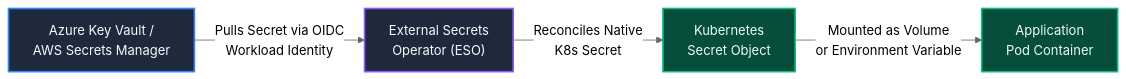
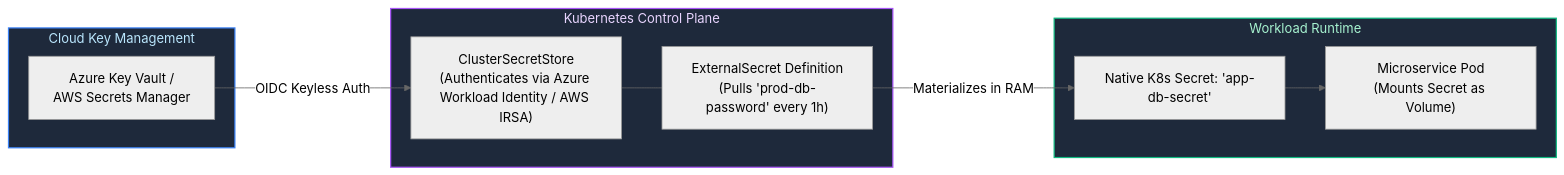
Before and after one commit to joydeep-biswas/Interview-Preparation: the ninth of 10 diagrams in Cloud Engineering/14_platform_engineering_and_developer_experience.md, drawn with Mermaid (neutral theme). The commit also changed other lines of this file and 143 other files, not shown here.

````diff
--- a/Cloud Engineering/14_platform_engineering_and_developer_experience.md
+++ b/Cloud Engineering/14_platform_engineering_and_developer_experience.md
@@ -296,14 +655,25 @@
 ```mermaid
 flowchart LR
-    Vault["Azure Key Vault /<br/>AWS Secrets Manager"] -->|"Pulls Secret via OIDC<br/>Workload Identity"| ESO["External Secrets<br/>Operator (ESO)"]
-    ESO -->|"Reconciles Native<br/>K8s Secret"| K8sSec["Kubernetes<br/>Secret Object"]
-    K8sSec -->|"Mounted as Volume<br/>or Environment Variable"| Pod["Application<br/>Pod Container"]
+    subgraph CloudVault ["Cloud Key Management"]
+        AKV["Azure Key Vault /<br/>AWS Secrets Manager"]
+    end
 
-    classDef cloud fill:#1e293b,stroke:#3b82f6,stroke-width:2px,color:#f8fafc;
-    classDef op fill:#1e293b,stroke:#8b5cf6,stroke-width:2px,color:#f8fafc;
-    classDef k8s fill:#064e3b,stroke:#10b981,stroke-width:2px,color:#ecfdf5;
+    subgraph K8sOperator ["Kubernetes Control Plane"]
+        CSS["ClusterSecretStore<br/>(Authenticates via Azure Workload Identity / AWS IRSA)"]
+        ES["ExternalSecret Definition<br/>(Pulls 'prod-db-password' every 1h)"]
+        CSS --- ES
+    end
 
-    class Vault cloud;
-    class ESO op;
-    class K8sSec,Pod k8s;
+    subgraph NativeK8s ["Workload Runtime"]
+        NativeSec["Native K8s Secret: 'app-db-secret'"]
+        AppPod["Microservice Pod<br/>(Mounts Secret as Volume)"]
+        NativeSec --> AppPod
+    end
+
+    AKV -->|"OIDC Keyless Auth"| CSS
+    ES -->|"Materializes in RAM"| NativeSec
+
+    style CloudVault fill:#1e293b,stroke:#3b82f6,stroke-width:1.5px,color:#bae6fd
+    style K8sOperator fill:#1e293b,stroke:#a855f7,stroke-width:1.5px,color:#e9d5ff
+    style NativeK8s fill:#1e293b,stroke:#10b981,stroke-width:1.5px,color:#a7f3d0
 ```
````
